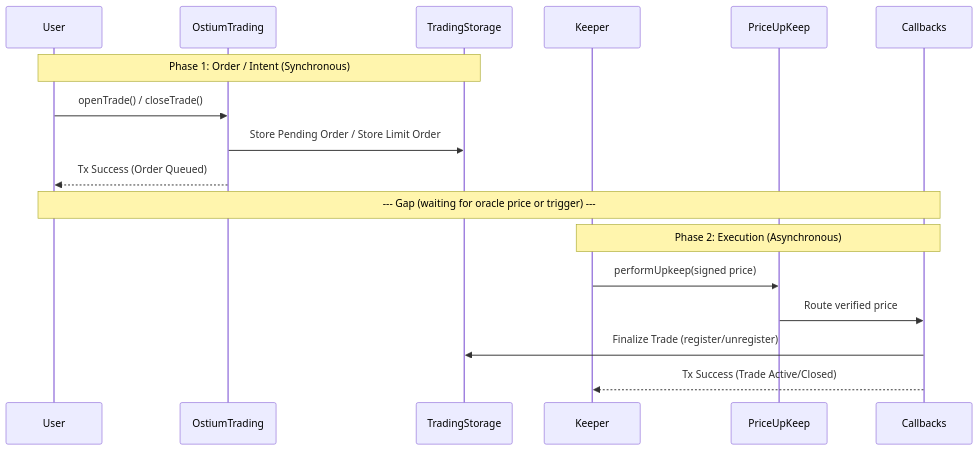
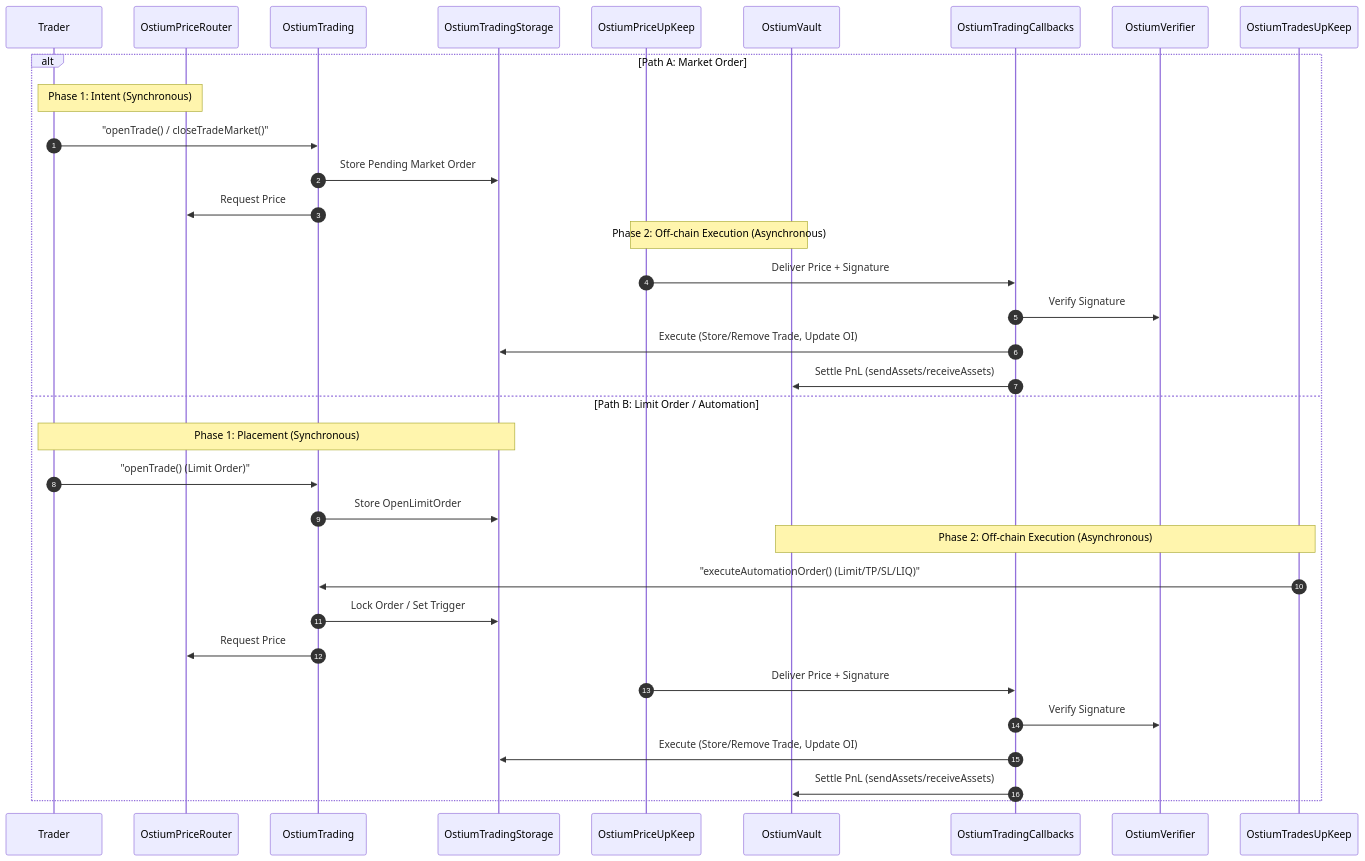
Before and after one commit to 0xTona/ostium: the third of 3 diagrams in AI/refine/overview.md, drawn with Mermaid.

````diff
--- a/AI/refine/overview.md
+++ b/AI/refine/overview.md
@@ -76,22 +76,32 @@
 ```mermaid
 sequenceDiagram
-    participant User
-    participant OstiumTrading
-    participant TradingStorage
-    participant Keeper
-    participant PriceUpKeep
-    participant Callbacks
+    autonumber
 
-    Note over User, TradingStorage: Phase 1: Order / Intent (Synchronous)
-    User->>OstiumTrading: openTrade() / closeTrade()
-    OstiumTrading->>TradingStorage: Store Pending Order / Store Limit Order
-    OstiumTrading-->>User: Tx Success (Order Queued)
+    alt Path A: Market Order
+        Note over Trader, OstiumPriceRouter: Phase 1: Intent (Synchronous)
+        Trader->>OstiumTrading: "openTrade() / closeTradeMarket()"
+        OstiumTrading->>OstiumTradingStorage: Store Pending Market Order
+        OstiumTrading->>OstiumPriceRouter: Request Price
 
-    Note over User, Callbacks: --- Gap (waiting for oracle price or trigger) ---
+        Note over OstiumPriceUpKeep, OstiumVault: Phase 2: Off-chain Execution (Asynchronous)
+        OstiumPriceUpKeep->>OstiumTradingCallbacks: Deliver Price + Signature
+        OstiumTradingCallbacks->>OstiumVerifier: Verify Signature
+        OstiumTradingCallbacks->>OstiumTradingStorage: Execute (Store/Remove Trade, Update OI)
+        OstiumTradingCallbacks->>OstiumVault: Settle PnL (sendAssets/receiveAssets)
 
-    Note over Keeper, Callbacks: Phase 2: Execution (Asynchronous)
-    Keeper->>PriceUpKeep: performUpkeep(signed price)
-    PriceUpKeep->>Callbacks: Route verified price
-    Callbacks->>TradingStorage: Finalize Trade (register/unregister)
-    Callbacks-->>Keeper: Tx Success (Trade Active/Closed)
+    else Path B: Limit Order / Automation
+        Note over Trader, OstiumTradingStorage: Phase 1: Placement (Synchronous)
+        Trader->>OstiumTrading: "openTrade() (Limit Order)"
+        OstiumTrading->>OstiumTradingStorage: Store OpenLimitOrder
+
+        Note over OstiumTradesUpKeep, OstiumVault: Phase 2: Off-chain Execution (Asynchronous)
+        OstiumTradesUpKeep->>OstiumTrading: "executeAutomationOrder() (Limit/TP/SL/LIQ)"
+        OstiumTrading->>OstiumTradingStorage: Lock Order / Set Trigger
+        OstiumTrading->>OstiumPriceRouter: Request Price
+
+        OstiumPriceUpKeep->>OstiumTradingCallbacks: Deliver Price + Signature
+        OstiumTradingCallbacks->>OstiumVerifier: Verify Signature
+        OstiumTradingCallbacks->>OstiumTradingStorage: Execute (Store/Remove Trade, Update OI)
+        OstiumTradingCallbacks->>OstiumVault: Settle PnL (sendAssets/receiveAssets)
+    end
 ```
````
